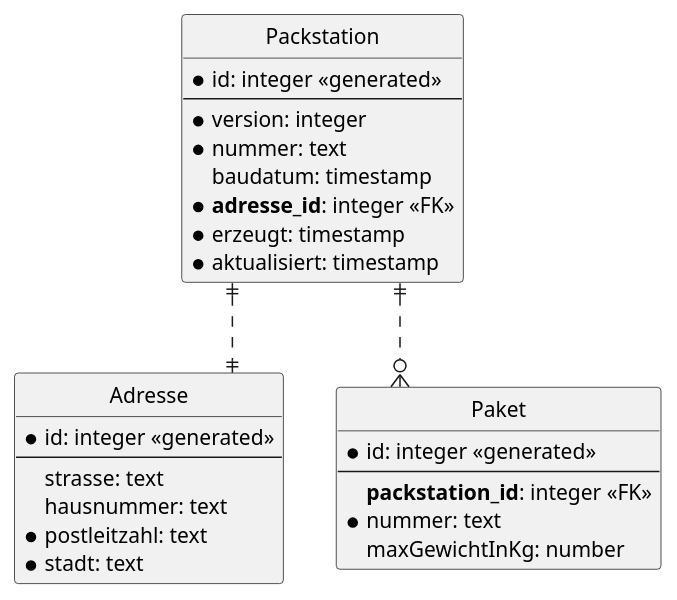
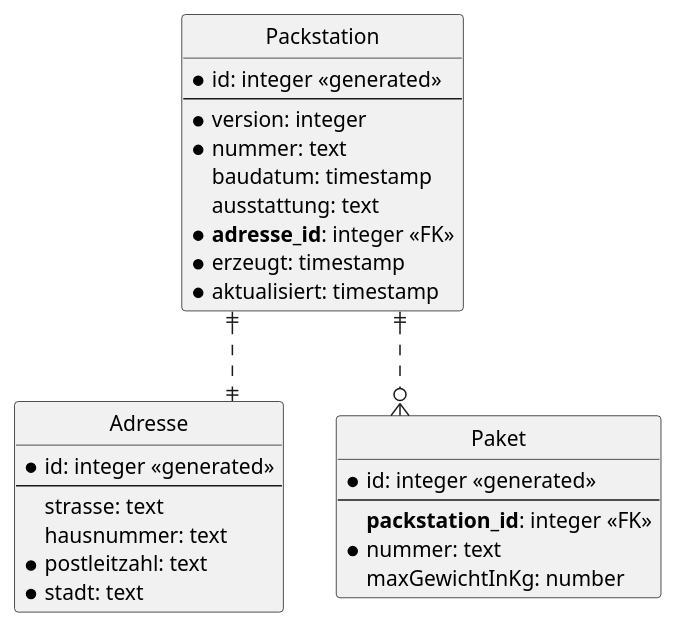
One commit to marius-a-mueller/kunstwerk changed the diagram in .extras/doc/projekthandbuch/ER-Diagramm.plantuml. Above: the diagram before and after it, drawn with PlantUML. The commit also changed 3 other files, not shown here.

Commit message:
PlantUML angepasst

```diff
--- a/.extras/doc/projekthandbuch/ER-Diagramm.plantuml
+++ b/.extras/doc/projekthandbuch/ER-Diagramm.plantuml
@@ -3,40 +3,41 @@
 @startuml ER Diagramm
 
 ' hide the spot
 hide circle
 
 ' evtl. Prbleme mit Kraehenfuessen vermeiden
 skinparam linetype ortho
 
 entity "Packstation" {
   * id: integer <<generated>>
   --
   * version: integer
   * nummer: text
     baudatum: timestamp
+    ausstattung: text
   * **adresse_id**: integer <<FK>>
   * erzeugt: timestamp
   * aktualisiert: timestamp
 }
 
 entity "Adresse" {
   * id: integer <<generated>>
   --
     strasse: text
     hausnummer: text
   * postleitzahl: text
   * stadt: text
 }
 
 entity "Paket" {
   * id: integer <<generated>>
   --
     **packstation_id**: integer <<FK>>
   * nummer: text
     maxGewichtInKg: number
 }
 
 Packstation ||..|| Adresse
 Packstation ||..o{ Paket
 
 @enduml
```
